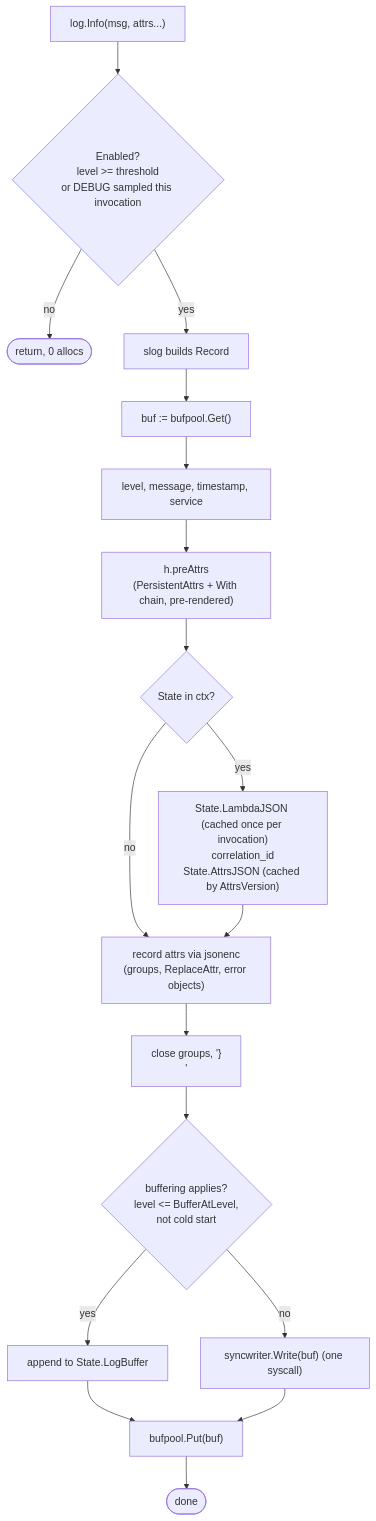
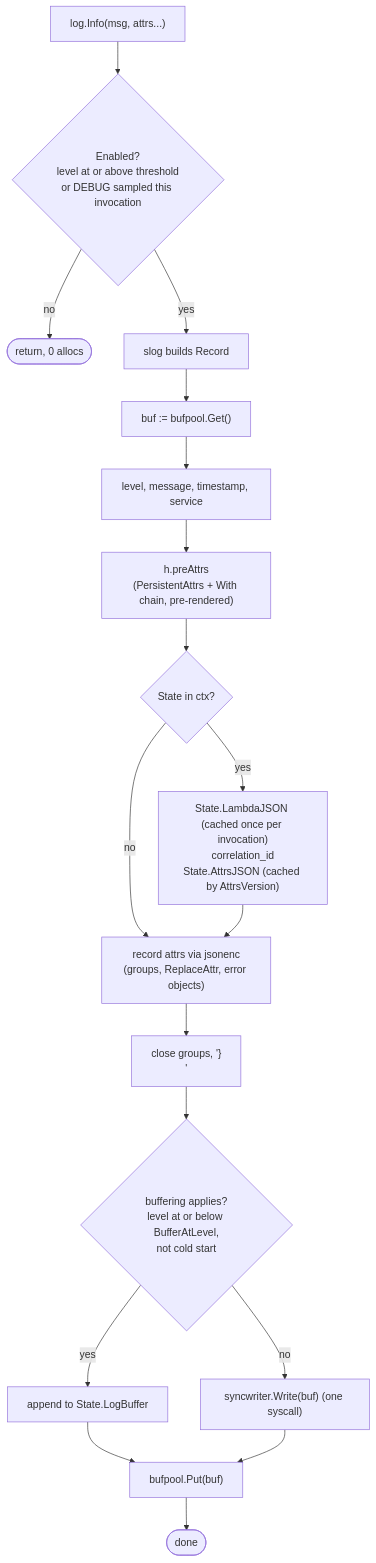
Before and after one commit to christiangda/powertools-lambda-go-plan: the first of 2 diagrams in 02-logger.md, drawn with Mermaid. The commit also changed other lines of this file and 6 other files, not shown here.

First line of the commit message:
Fix Mermaid diagrams for GitHub rendering

````diff
--- a/02-logger.md
+++ b/02-logger.md
@@ -220,19 +220,19 @@
 ```mermaid
 flowchart TD
-  call["log.Info(msg, attrs...)"] --> en{Enabled?<br/>level >= threshold<br/>or DEBUG sampled this invocation}
+  call["log.Info(msg, attrs...)"] --> en{Enabled?<br/>level at or above threshold<br/>or DEBUG sampled this invocation}
   en -- no --> drop([return, 0 allocs])
   en -- yes --> rec["slog builds Record"] --> buf["buf := bufpool.Get()"]
   buf --> head["level, message, timestamp, service"]
   head --> pre["h.preAttrs<br/>(PersistentAttrs + With chain, pre-rendered)"]
   pre --> st{State in ctx?}
   st -- yes --> lam["State.LambdaJSON (cached once per invocation)<br/>correlation_id<br/>State.AttrsJSON (cached by AttrsVersion)"]
   st -- no --> attrs
   lam --> attrs["record attrs via jsonenc<br/>(groups, ReplaceAttr, error objects)"]
   attrs --> close["close groups, '}\n'"]
-  close --> b{buffering applies?<br/>level <= BufferAtLevel,<br/>not cold start}
+  close --> b{buffering applies?<br/>level at or below BufferAtLevel,<br/>not cold start}
   b -- yes --> lb["append to State.LogBuffer"]
   b -- no --> w["syncwriter.Write(buf) (one syscall)"]
   lb --> put["bufpool.Put(buf)"]
   w --> put
   put --> done([done])
 ```
````
